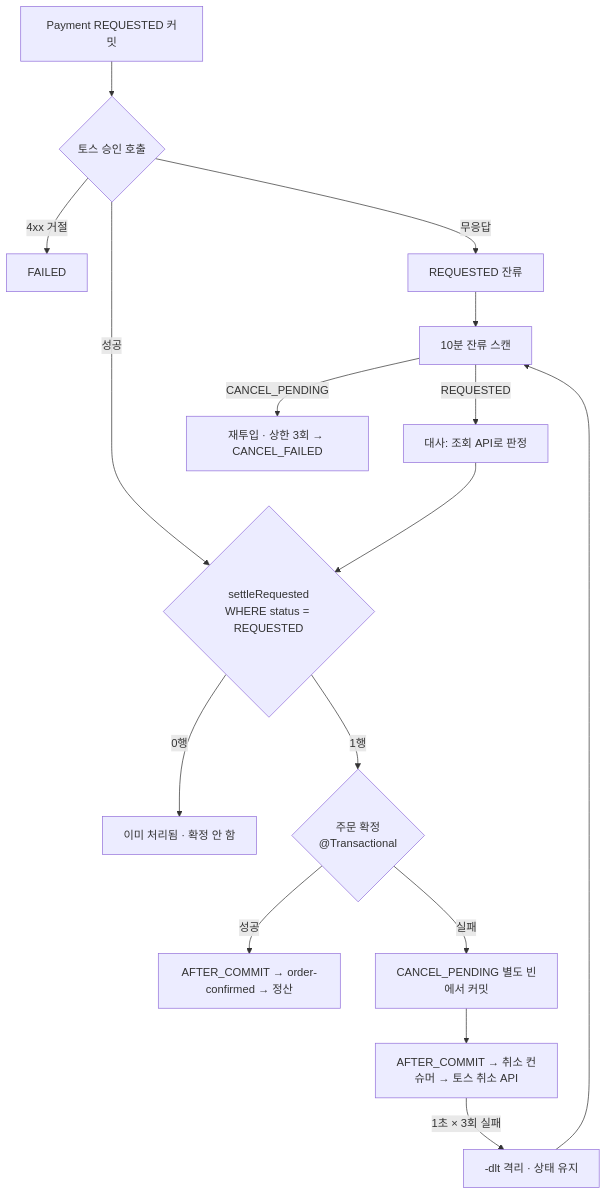
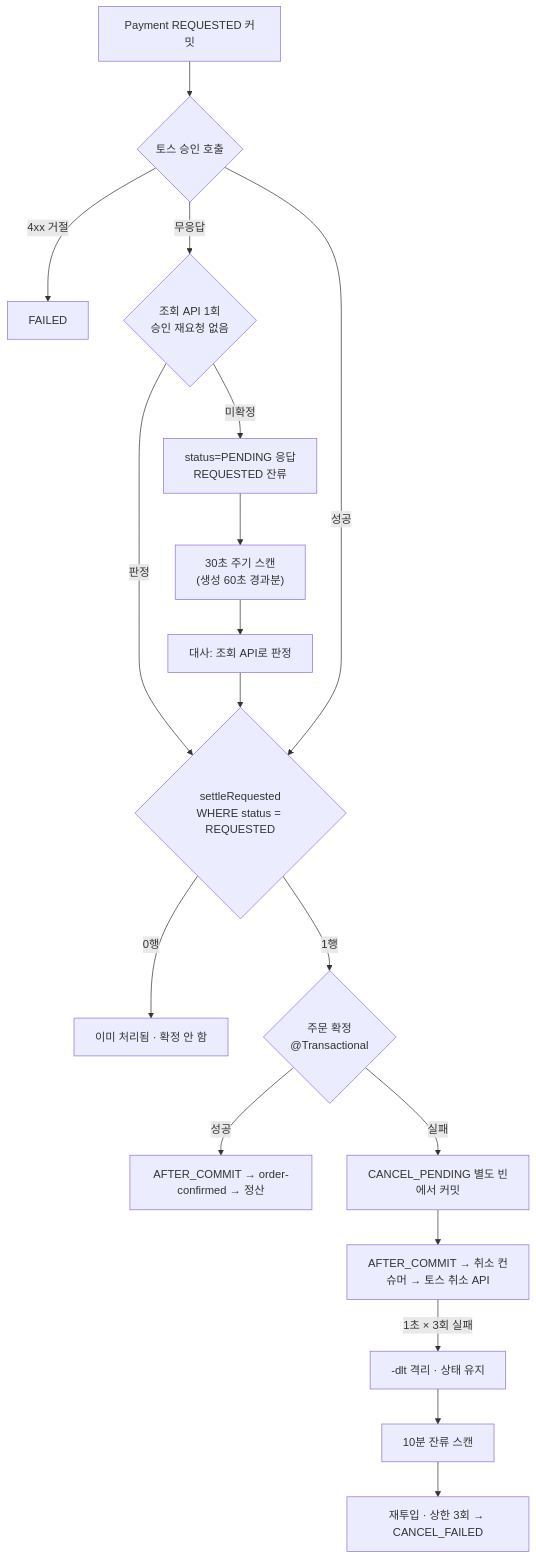
One commit to asle149/susuggang changed the second of 2 diagrams in README.md. Above: the diagram before and after it, drawn with Mermaid. The commit also changed other lines of this file and 13 other files, not shown here.

First line of the commit message:
SSG-50 feat: 승인 무응답 즉시 조회 판정 — 미확정이면 PENDING 응답·상태 조회 API·30초 주기 재조회 (#40)

````diff
--- a/README.md
+++ b/README.md
@@ -67,18 +70,20 @@
 ```mermaid
 flowchart TB
     SAVE["Payment REQUESTED 커밋"] --> TOSS{"토스 승인 호출"}
     TOSS -->|"4xx 거절"| F["FAILED"]
-    TOSS -->|"무응답"| R["REQUESTED 잔류"]
+    TOSS -->|"무응답"| INQ{"조회 API 1회<br/>승인 재요청 없음"}
+    INQ -->|"판정"| UPD
+    INQ -->|"미확정"| R["status=PENDING 응답<br/>REQUESTED 잔류"]
     TOSS -->|"성공"| UPD{"settleRequested<br/>WHERE status = REQUESTED"}
     UPD -->|"0행"| SKIP["이미 처리됨 · 확정 안 함"]
     UPD -->|"1행"| CONF{"주문 확정<br/>@Transactional"}
     CONF -->|"성공"| EV["AFTER_COMMIT → order-confirmed → 정산"]
     CONF -->|"실패"| CP["CANCEL_PENDING 별도 빈에서 커밋"]
     CP --> CC["AFTER_COMMIT → 취소 컨슈머 → 토스 취소 API"]
     CC -->|"1초 × 3회 실패"| DLQ["-dlt 격리 · 상태 유지"]
-    R --> SC["10분 잔류 스캔"]
-    DLQ --> SC
-    SC -->|"REQUESTED"| RC["대사: 조회 API로 판정"]
-    SC -->|"CANCEL_PENDING"| RE["재투입 · 상한 3회 → CANCEL_FAILED"]
+    R --> SR["30초 주기 스캔<br/>(생성 60초 경과분)"]
+    SR --> RC["대사: 조회 API로 판정"]
     RC --> UPD
+    DLQ --> SC["10분 잔류 스캔"]
+    SC --> RE["재투입 · 상한 3회 → CANCEL_FAILED"]
 ```
````
